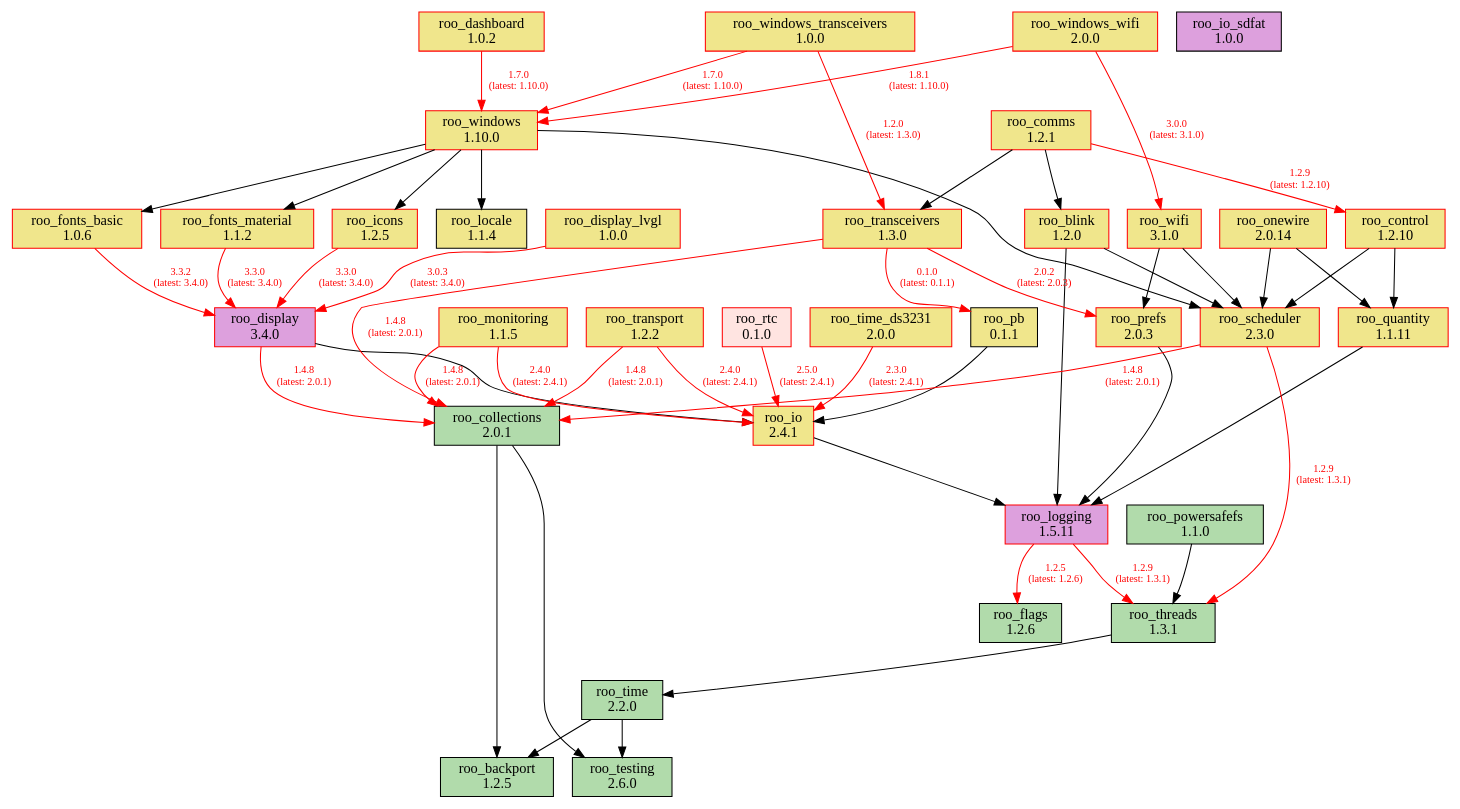
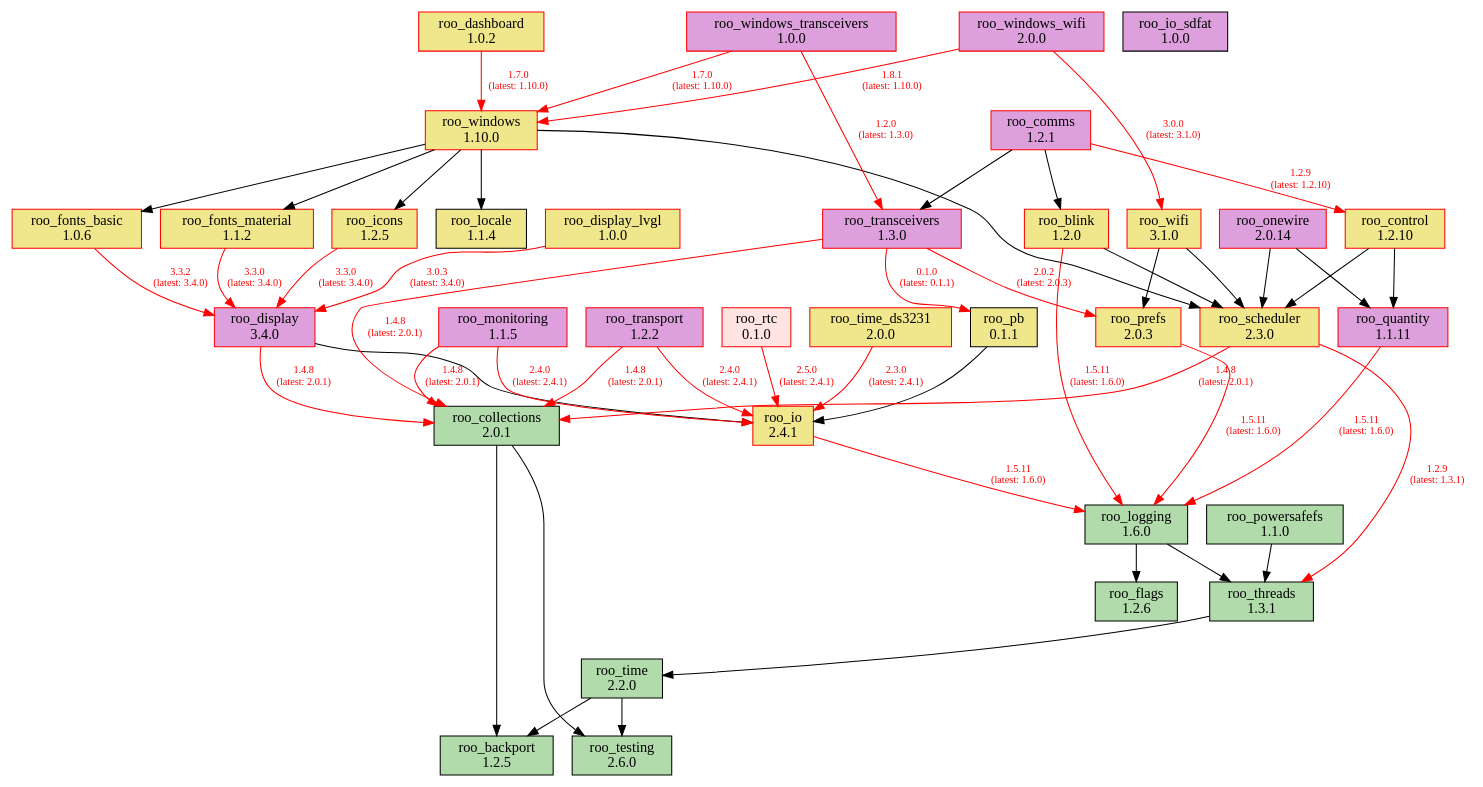
The diagram in doc/dependencies.dot (dejwk/roo-registry), drawn with Graphviz before and after one commit. The commit also changed 3 other files, not shown here.

Commit message:
Added roo_logging 1.6.0 to the registry.

```diff
--- a/doc/dependencies.dot
+++ b/doc/dependencies.dot
@@ -1,93 +1,93 @@
 digraph dependencies {
     rankdir=TB;
     node [shape=box, style=filled];
     edge [fontsize=10];
 
     // Modules
     "roo_backport" [label="roo_backport\n1.2.5", fillcolor="#b1dbab", color="black"];
     "roo_blink" [label="roo_blink\n1.2.0", fillcolor="khaki", color="red"];
     "roo_collections" [label="roo_collections\n2.0.1", fillcolor="#b1dbab", color="black"];
-    "roo_comms" [label="roo_comms\n1.2.1", fillcolor="khaki", color="red"];
+    "roo_comms" [label="roo_comms\n1.2.1", fillcolor="plum", color="red"];
     "roo_control" [label="roo_control\n1.2.10", fillcolor="khaki", color="red"];
     "roo_dashboard" [label="roo_dashboard\n1.0.2", fillcolor="khaki", color="red"];
     "roo_display" [label="roo_display\n3.4.0", fillcolor="plum", color="red"];
     "roo_display_lvgl" [label="roo_display_lvgl\n1.0.0", fillcolor="khaki", color="red"];
     "roo_flags" [label="roo_flags\n1.2.6", fillcolor="#b1dbab", color="black"];
     "roo_fonts_basic" [label="roo_fonts_basic\n1.0.6", fillcolor="khaki", color="red"];
     "roo_fonts_material" [label="roo_fonts_material\n1.1.2", fillcolor="khaki", color="red"];
     "roo_icons" [label="roo_icons\n1.2.5", fillcolor="khaki", color="red"];
     "roo_io" [label="roo_io\n2.4.1", fillcolor="khaki", color="red"];
     "roo_io_sdfat" [label="roo_io_sdfat\n1.0.0", fillcolor="plum", color="black"];
     "roo_locale" [label="roo_locale\n1.1.4", fillcolor="khaki", color="black"];
-    "roo_logging" [label="roo_logging\n1.5.11", fillcolor="plum", color="red"];
-    "roo_monitoring" [label="roo_monitoring\n1.1.5", fillcolor="khaki", color="red"];
-    "roo_onewire" [label="roo_onewire\n2.0.14", fillcolor="khaki", color="red"];
+    "roo_logging" [label="roo_logging\n1.6.0", fillcolor="#b1dbab", color="black"];
+    "roo_monitoring" [label="roo_monitoring\n1.1.5", fillcolor="plum", color="red"];
+    "roo_onewire" [label="roo_onewire\n2.0.14", fillcolor="plum", color="red"];
     "roo_pb" [label="roo_pb\n0.1.1", fillcolor="khaki", color="black"];
     "roo_powersafefs" [label="roo_powersafefs\n1.1.0", fillcolor="#b1dbab", color="black"];
     "roo_prefs" [label="roo_prefs\n2.0.3", fillcolor="khaki", color="red"];
-    "roo_quantity" [label="roo_quantity\n1.1.11", fillcolor="khaki", color="red"];
+    "roo_quantity" [label="roo_quantity\n1.1.11", fillcolor="plum", color="red"];
     "roo_rtc" [label="roo_rtc\n0.1.0", fillcolor="mistyrose", color="red"];
     "roo_scheduler" [label="roo_scheduler\n2.3.0", fillcolor="khaki", color="red"];
     "roo_testing" [label="roo_testing\n2.6.0", fillcolor="#b1dbab", color="black"];
     "roo_threads" [label="roo_threads\n1.3.1", fillcolor="#b1dbab", color="black"];
     "roo_time" [label="roo_time\n2.2.0", fillcolor="#b1dbab", color="black"];
     "roo_time_ds3231" [label="roo_time_ds3231\n2.0.0", fillcolor="khaki", color="red"];
-    "roo_transceivers" [label="roo_transceivers\n1.3.0", fillcolor="khaki", color="red"];
-    "roo_transport" [label="roo_transport\n1.2.2", fillcolor="khaki", color="red"];
+    "roo_transceivers" [label="roo_transceivers\n1.3.0", fillcolor="plum", color="red"];
+    "roo_transport" [label="roo_transport\n1.2.2", fillcolor="plum", color="red"];
     "roo_wifi" [label="roo_wifi\n3.1.0", fillcolor="khaki", color="red"];
     "roo_windows" [label="roo_windows\n1.10.0", fillcolor="khaki", color="red"];
-    "roo_windows_transceivers" [label="roo_windows_transceivers\n1.0.0", fillcolor="khaki", color="red"];
-    "roo_windows_wifi" [label="roo_windows_wifi\n2.0.0", fillcolor="khaki", color="red"];
+    "roo_windows_transceivers" [label="roo_windows_transceivers\n1.0.0", fillcolor="plum", color="red"];
+    "roo_windows_wifi" [label="roo_windows_wifi\n2.0.0", fillcolor="plum", color="red"];
 
     // Dependencies
-    "roo_blink" -> "roo_logging";
+    "roo_blink" -> "roo_logging" [color=red, fontcolor=red, label="1.5.11\n(latest: 1.6.0)"];
     "roo_blink" -> "roo_scheduler";
     "roo_collections" -> "roo_testing";
     "roo_collections" -> "roo_backport";
     "roo_comms" -> "roo_blink";
     "roo_comms" -> "roo_control" [color=red, fontcolor=red, label="1.2.9\n(latest: 1.2.10)"];
     "roo_comms" -> "roo_transceivers";
     "roo_control" -> "roo_quantity";
     "roo_control" -> "roo_scheduler";
     "roo_dashboard" -> "roo_windows" [color=red, fontcolor=red, label="1.7.0\n(latest: 1.10.0)"];
     "roo_display" -> "roo_collections" [color=red, fontcolor=red, label="1.4.8\n(latest: 2.0.1)"];
     "roo_display" -> "roo_io";
     "roo_display_lvgl" -> "roo_display" [color=red, fontcolor=red, label="3.0.3\n(latest: 3.4.0)"];
     "roo_fonts_basic" -> "roo_display" [color=red, fontcolor=red, label="3.3.2\n(latest: 3.4.0)"];
     "roo_fonts_material" -> "roo_display" [color=red, fontcolor=red, label="3.3.0\n(latest: 3.4.0)"];
     "roo_icons" -> "roo_display" [color=red, fontcolor=red, label="3.3.0\n(latest: 3.4.0)"];
-    "roo_io" -> "roo_logging";
-    "roo_logging" -> "roo_flags" [color=red, fontcolor=red, label="1.2.5\n(latest: 1.2.6)"];
-    "roo_logging" -> "roo_threads" [color=red, fontcolor=red, label="1.2.9\n(latest: 1.3.1)"];
+    "roo_io" -> "roo_logging" [color=red, fontcolor=red, label="1.5.11\n(latest: 1.6.0)"];
+    "roo_logging" -> "roo_flags";
+    "roo_logging" -> "roo_threads";
     "roo_monitoring" -> "roo_collections" [color=red, fontcolor=red, label="1.4.8\n(latest: 2.0.1)"];
     "roo_monitoring" -> "roo_io" [color=red, fontcolor=red, label="2.4.0\n(latest: 2.4.1)"];
     "roo_onewire" -> "roo_scheduler";
     "roo_onewire" -> "roo_quantity";
     "roo_pb" -> "roo_io";
     "roo_powersafefs" -> "roo_threads";
-    "roo_prefs" -> "roo_logging";
-    "roo_quantity" -> "roo_logging";
+    "roo_prefs" -> "roo_logging" [color=red, fontcolor=red, label="1.5.11\n(latest: 1.6.0)"];
+    "roo_quantity" -> "roo_logging" [color=red, fontcolor=red, label="1.5.11\n(latest: 1.6.0)"];
     "roo_rtc" -> "roo_io" [color=red, fontcolor=red, label="2.5.0\n(latest: 2.4.1)"];
     "roo_scheduler" -> "roo_collections" [color=red, fontcolor=red, label="1.4.8\n(latest: 2.0.1)"];
     "roo_scheduler" -> "roo_threads" [color=red, fontcolor=red, label="1.2.9\n(latest: 1.3.1)"];
     "roo_threads" -> "roo_time";
     "roo_time" -> "roo_testing";
     "roo_time" -> "roo_backport";
     "roo_time_ds3231" -> "roo_io" [color=red, fontcolor=red, label="2.3.0\n(latest: 2.4.1)"];
     "roo_transceivers" -> "roo_pb" [color=red, fontcolor=red, label="0.1.0\n(latest: 0.1.1)"];
     "roo_transceivers" -> "roo_collections" [color=red, fontcolor=red, label="1.4.8\n(latest: 2.0.1)"];
     "roo_transceivers" -> "roo_prefs" [color=red, fontcolor=red, label="2.0.2\n(latest: 2.0.3)"];
     "roo_transport" -> "roo_collections" [color=red, fontcolor=red, label="1.4.8\n(latest: 2.0.1)"];
     "roo_transport" -> "roo_io" [color=red, fontcolor=red, label="2.4.0\n(latest: 2.4.1)"];
     "roo_wifi" -> "roo_prefs";
     "roo_wifi" -> "roo_scheduler";
     "roo_windows" -> "roo_fonts_basic";
     "roo_windows" -> "roo_fonts_material";
     "roo_windows" -> "roo_locale";
     "roo_windows" -> "roo_icons";
     "roo_windows" -> "roo_scheduler";
     "roo_windows_transceivers" -> "roo_transceivers" [color=red, fontcolor=red, label="1.2.0\n(latest: 1.3.0)"];
     "roo_windows_transceivers" -> "roo_windows" [color=red, fontcolor=red, label="1.7.0\n(latest: 1.10.0)"];
     "roo_windows_wifi" -> "roo_wifi" [color=red, fontcolor=red, label="3.0.0\n(latest: 3.1.0)"];
     "roo_windows_wifi" -> "roo_windows" [color=red, fontcolor=red, label="1.8.1\n(latest: 1.10.0)"];
 }
```
